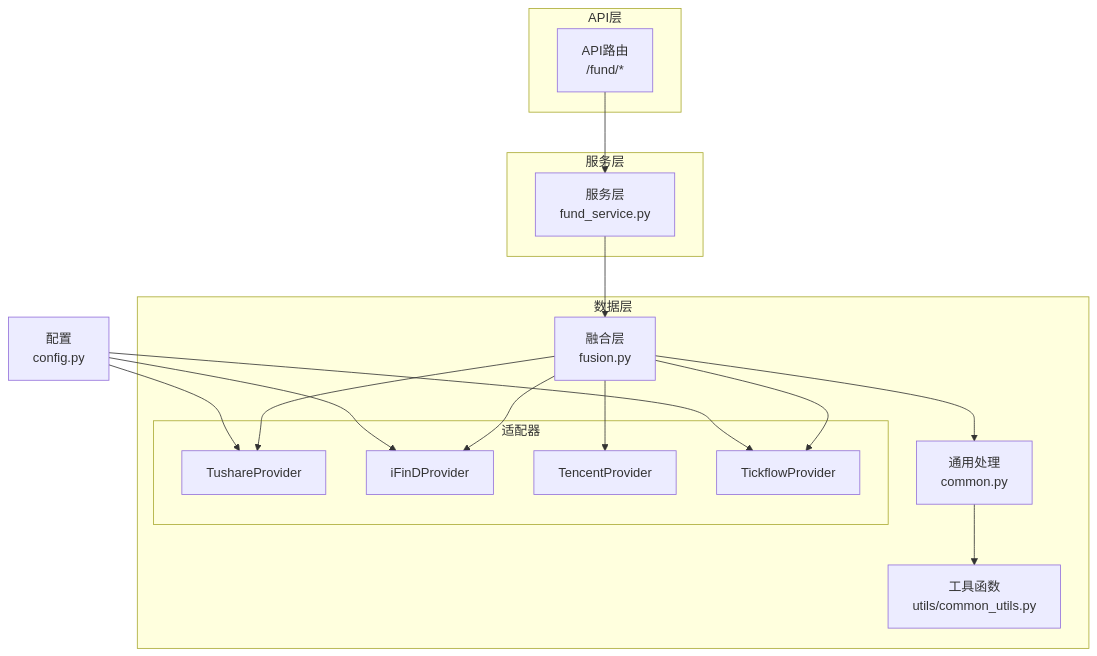
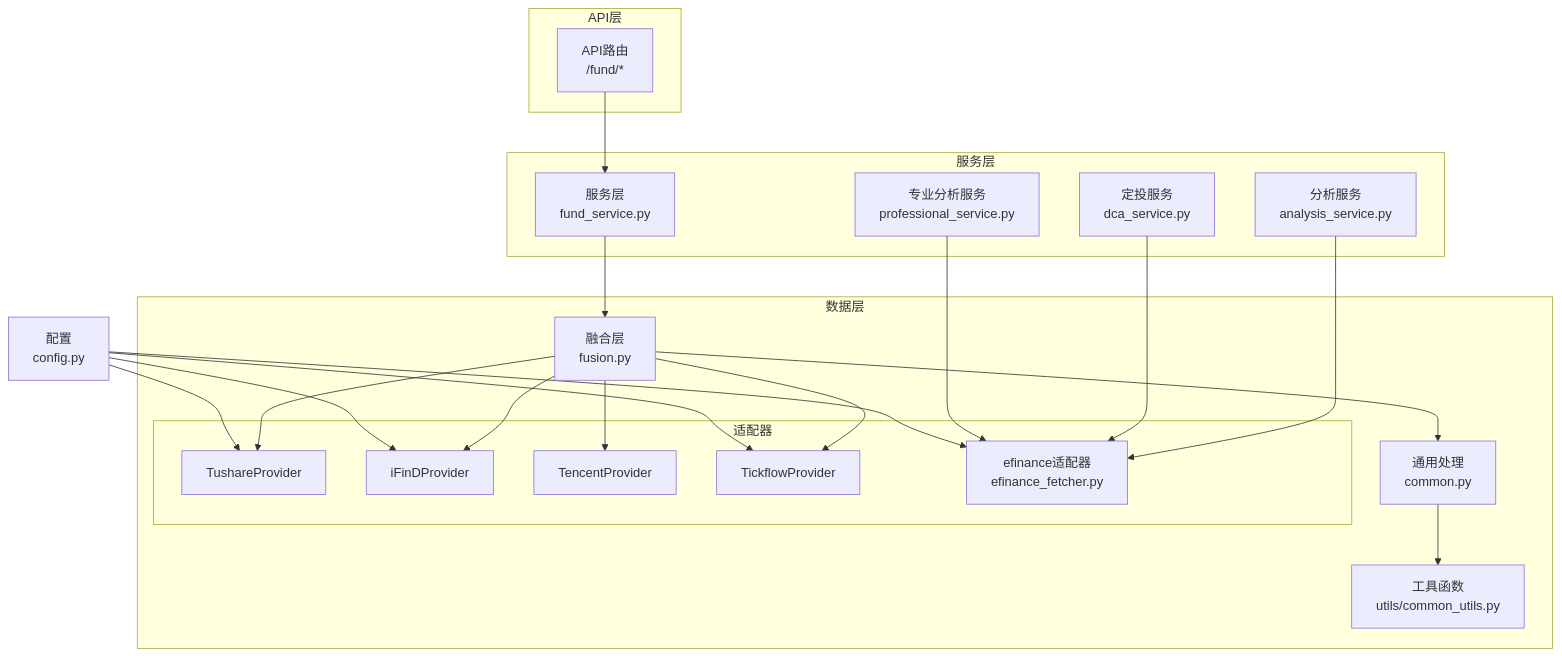
One commit to youkell85/FundTrader changed the first of 5 diagrams in .qoder/repowiki/zh/content/数据管理/数据源集成.md. Above: the diagram before and after it, drawn with Mermaid. The commit also changed other lines of this file and 11 other files, not shown here.

````diff
--- a/.qoder/repowiki/zh/content/数据管理/数据源集成.md
+++ b/.qoder/repowiki/zh/content/数据管理/数据源集成.md
@@ -41,32 +56,40 @@
 ```mermaid
 graph TB
 subgraph "API层"
 API["API路由<br/>/fund/*"]
 end
 subgraph "服务层"
 SVC["服务层<br/>fund_service.py"]
+ANALYSIS["分析服务<br/>analysis_service.py"]
+DCA["定投服务<br/>dca_service.py"]
+PROFESSIONAL["专业分析服务<br/>professional_service.py"]
 end
 subgraph "数据层"
 FUS["融合层<br/>fusion.py"]
 subgraph "适配器"
 TS["TushareProvider"]
 IFD["iFinDProvider"]
 TX["TencentProvider"]
 TF["TickflowProvider"]
+EF["efinance适配器<br/>efinance_fetcher.py"]
 end
 CMN["通用处理<br/>common.py"]
 UTL["工具函数<br/>utils/common_utils.py"]
 end
 CFG["配置<br/>config.py"]
 API --> SVC
 SVC --> FUS
+ANALYSIS --> EF
+DCA --> EF
+PROFESSIONAL --> EF
 FUS --> TS
 FUS --> IFD
 FUS --> TX
 FUS --> TF
 FUS --> CMN
 CMN --> UTL
 CFG --> TS
 CFG --> IFD
 CFG --> TF
+CFG --> EF
 ```
````
